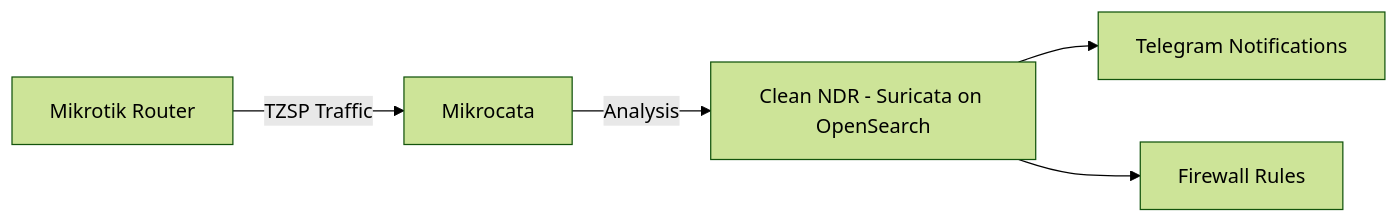
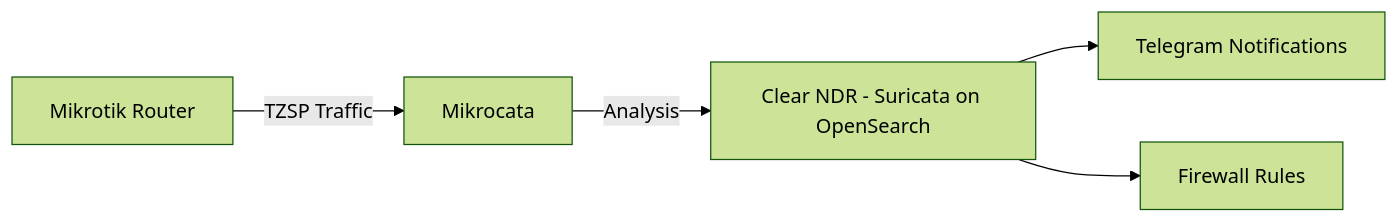
The first of 2 diagrams in README.md (KILLPC/mikrocata2selks), drawn with Mermaid (forest theme) before and after one commit. The commit also changed other lines of this file, not shown here.

````diff
--- a/README.md
+++ b/README.md
@@ -19,7 +19,7 @@
 ```mermaid
 graph LR
     A[Mikrotik Router] -->|TZSP Traffic| B[Mikrocata]
-    B -->|Analysis| C[Clean NDR - Suricata on OpenSearch]
+    B -->|Analysis| C[Clear NDR - Suricata on OpenSearch]
     C --> D[Telegram Notifications]
     C --> E[Firewall Rules]
 ```
````
